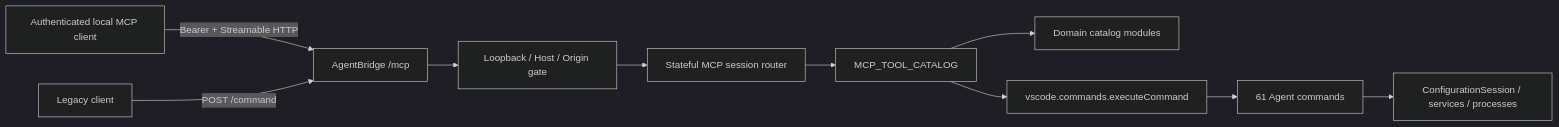
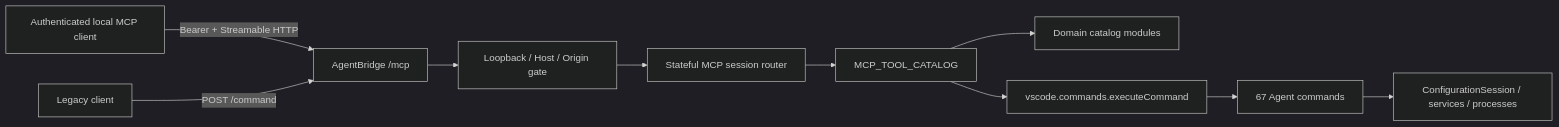
Before and after one commit to lekot/VScodePluginFor1CDev: the diagram in docs/features/mcp-agent-adapter/design.md, drawn with Mermaid (dark theme). The commit also changed other lines of this file and 73 other files, not shown here.

````diff
--- a/docs/features/mcp-agent-adapter/design.md
+++ b/docs/features/mcp-agent-adapter/design.md
@@ -25,12 +25,12 @@
 ```mermaid
 flowchart LR
     C["Authenticated local MCP client"] -->|"Bearer + Streamable HTTP"| B["AgentBridge /mcp"]
     L["Legacy client"] -->|"POST /command"| B
     B --> G["Loopback / Host / Origin gate"]
     G --> R["Stateful MCP session router"]
     R --> K["MCP_TOOL_CATALOG"]
     K --> D["Domain catalog modules"]
     K --> V["vscode.commands.executeCommand"]
-    V --> A["61 Agent commands"]
+    V --> A["67 Agent commands"]
     A --> Q["ConfigurationSession / services / processes"]
 ```
````
